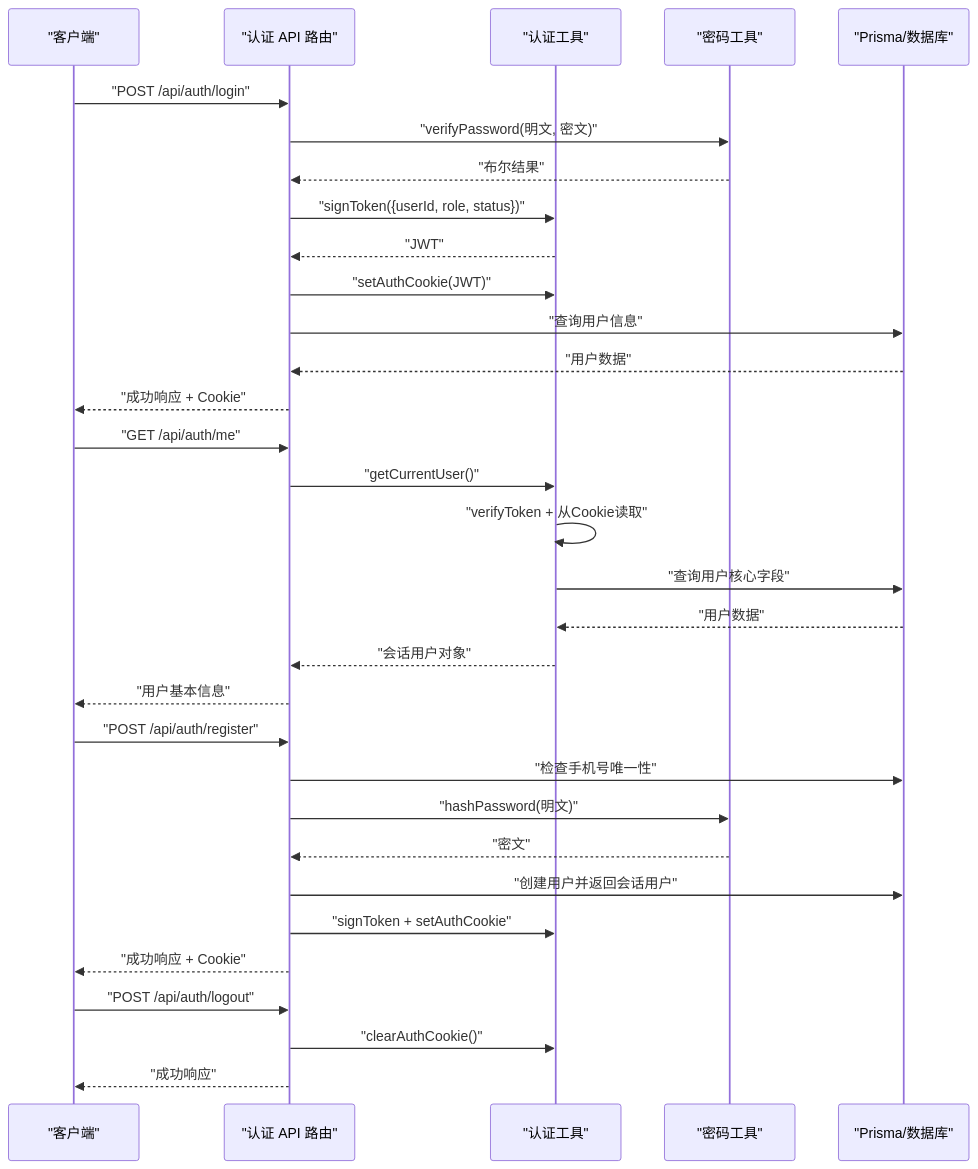
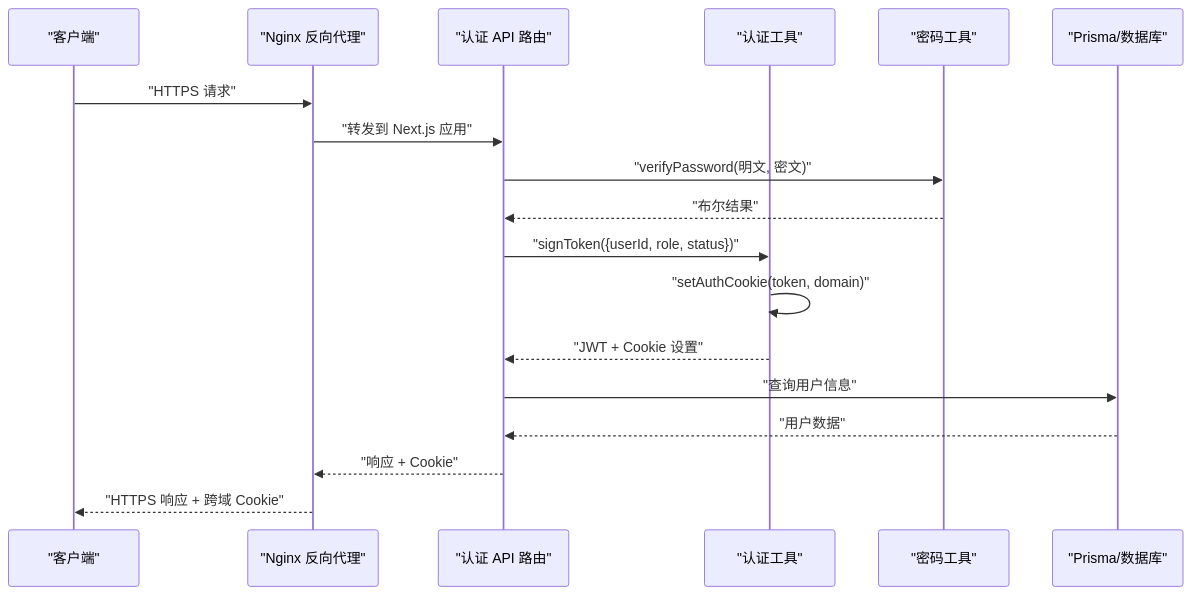
One commit to three3638-arch/celestia_2b changed the second of 5 diagrams in .qoder/repowiki/zh/content/认证系统/认证系统.md. Above: the diagram before and after it, drawn with Mermaid. The commit also changed other lines of this file and 25 other files, not shown here.

````diff
--- a/.qoder/repowiki/zh/content/认证系统/认证系统.md
+++ b/.qoder/repowiki/zh/content/认证系统/认证系统.md
@@ -169,34 +178,20 @@
 ```mermaid
 sequenceDiagram
 participant Client as "客户端"
+participant Nginx as "Nginx 反向代理"
 participant API as "认证 API 路由"
 participant Auth as "认证工具"
 participant Pass as "密码工具"
 participant DB as "Prisma/数据库"
-Client->>API : "POST /api/auth/login"
+Client->>Nginx : "HTTPS 请求"
+Nginx->>API : "转发到 Next.js 应用"
 API->>Pass : "verifyPassword(明文, 密文)"
 Pass-->>API : "布尔结果"
 API->>Auth : "signToken({userId, role, status})"
-Auth-->>API : "JWT"
-API->>Auth : "setAuthCookie(JWT)"
+Auth->>Auth : "setAuthCookie(token, domain)"
+Auth-->>API : "JWT + Cookie 设置"
 API->>DB : "查询用户信息"
 DB-->>API : "用户数据"
-API-->>Client : "成功响应 + Cookie"
-Client->>API : "GET /api/auth/me"
-API->>Auth : "getCurrentUser()"
-Auth->>Auth : "verifyToken + 从Cookie读取"
-Auth->>DB : "查询用户核心字段"
-DB-->>Auth : "用户数据"
-Auth-->>API : "会话用户对象"
-API-->>Client : "用户基本信息"
-Client->>API : "POST /api/auth/register"
-API->>DB : "检查手机号唯一性"
-API->>Pass : "hashPassword(明文)"
-Pass-->>API : "密文"
-API->>DB : "创建用户并返回会话用户"
-API->>Auth : "signToken + setAuthCookie"
-API-->>Client : "成功响应 + Cookie"
-Client->>API : "POST /api/auth/logout"
-API->>Auth : "clearAuthCookie()"
-API-->>Client : "成功响应"
+API-->>Nginx : "响应 + Cookie"
+Nginx-->>Client : "HTTPS 响应 + 跨域 Cookie"
 ```
````
